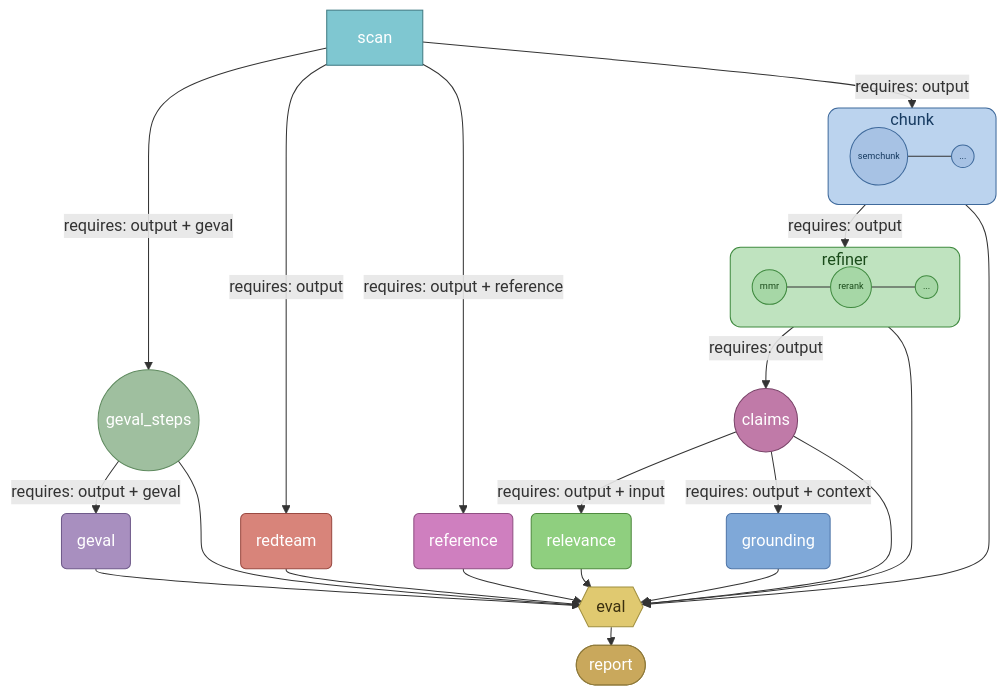
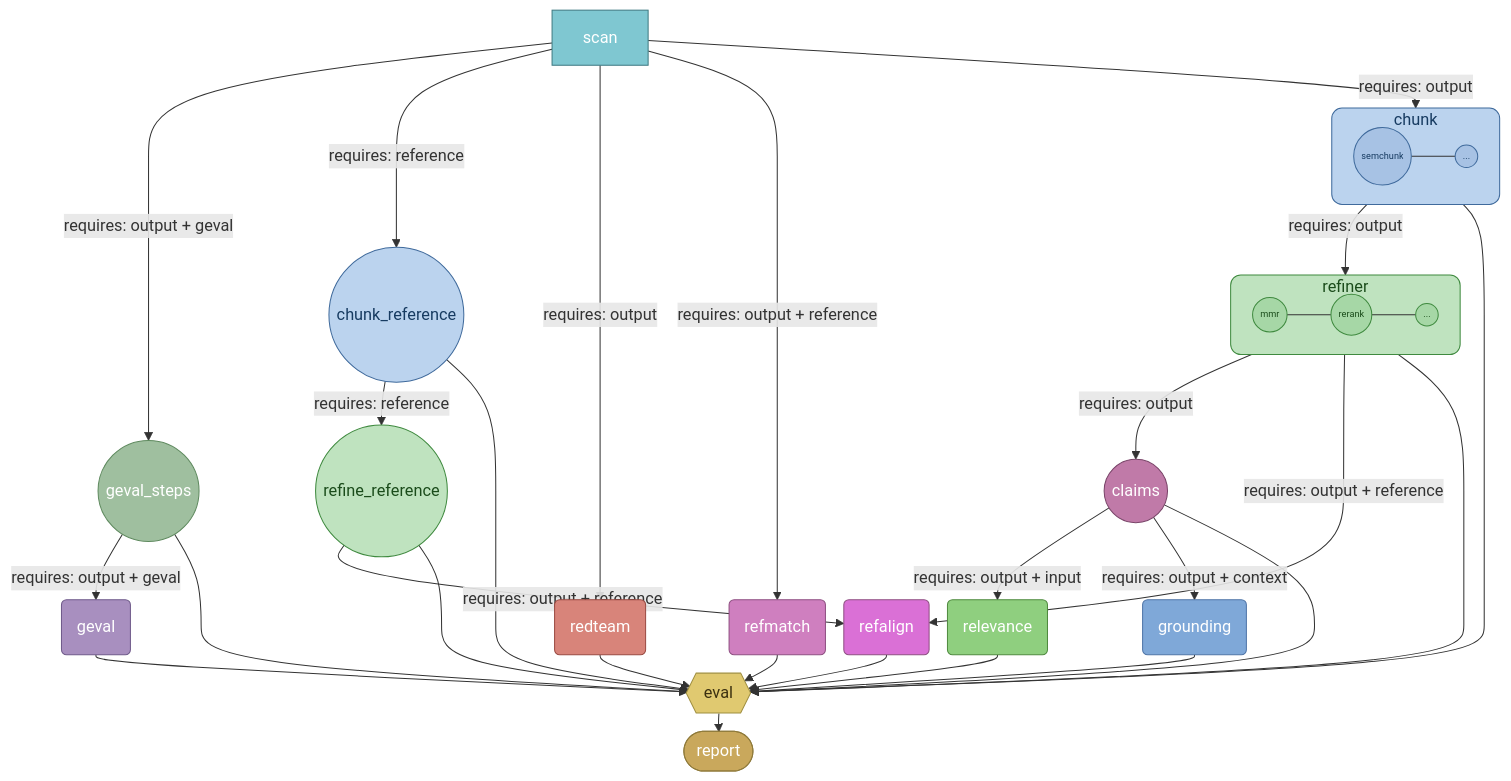
The diagram in docs/architecture.md (harnexa/nexa-gauge), drawn with Mermaid before and after one commit. The commit also changed other lines of this file and 30 other files, not shown here.

Commit message:
Update: Add Refalign node, rename `reference` to `refmatch` node

````diff
--- a/docs/architecture.md
+++ b/docs/architecture.md
@@ -63,13 +63,16 @@
     %% Utility nodes (circles)
     claims((claims))
     geval_steps((geval_steps))
+    chunk_reference((chunk_reference))
+    refine_reference((refine_reference))
 
     %% Metric nodes (rounded rectangles)
     relevance(relevance)
     grounding(grounding)
     redteam(redteam)
     geval(geval)
-    reference(reference)
+    refmatch(refmatch)
+    refalign(refalign)
 
     %% Orchestration
     eval{{eval}}
@@ -80,24 +83,31 @@
     chunk_box -- "requires: output" --> refiner_box
     refiner_box -- "requires: output" --> claims
     scan -- "requires: output + geval" --> geval_steps
+    scan -- "requires: reference" --> chunk_reference
+    chunk_reference -- "requires: reference" --> refine_reference
 
     %% Metric fan-out
     claims -- "requires: output + input" --> relevance
     claims -- "requires: output + context" --> grounding
     scan -- "requires: output" --> redteam
     geval_steps -- "requires: output + geval" --> geval
-    scan -- "requires: output + reference" --> reference
+    scan -- "requires: output + reference" --> refmatch
+    refiner_box -- "requires: output + reference" --> refalign
+    refine_reference -- "requires: output + reference" --> refalign
 
     %% Join into eval
     chunk_box --> eval
     refiner_box --> eval
     claims --> eval
     geval_steps --> eval
+    chunk_reference --> eval
+    refine_reference --> eval
     relevance --> eval
     grounding --> eval
     redteam --> eval
     geval --> eval
-    reference --> eval
+    refmatch --> eval
+    refalign --> eval
 
     %% Terminal
     eval --> report
@@ -115,11 +125,14 @@
     class chunk_semchunk,chunk_more,refiner_mmr,refiner_rerank,refiner_more strategySmall
     style claims      fill:#C07AA8,stroke:#7A4469,color:#fff
     style geval_steps fill:#9FBF9F,stroke:#5F8A5F,color:#fff
+    style chunk_reference  fill:#BBD3EE,stroke:#3F6A9C,color:#173B61
+    style refine_reference fill:#BFE3BF,stroke:#3F8A3F,color:#1B4C1B
     style relevance   fill:#8FCF7F,stroke:#4F8A3F,color:#fff
     style grounding   fill:#7FA8D8,stroke:#4F75A8,color:#fff
     style redteam     fill:#D8847A,stroke:#9A4A42,color:#fff
     style geval       fill:#A88FBF,stroke:#6F5A8A,color:#fff
-    style reference   fill:#CF7FBF,stroke:#8F4F82,color:#fff
+    style refmatch    fill:#CF7FBF,stroke:#8F4F82,color:#fff
+    style refalign    fill:#DA70D6,stroke:#8F4F82,color:#fff
     style eval        fill:#E0C970,stroke:#A08F3F,color:#3A2F0F
     style report      fill:#C9A85C,stroke:#8F7A3A,color:#fff
 ```
````
